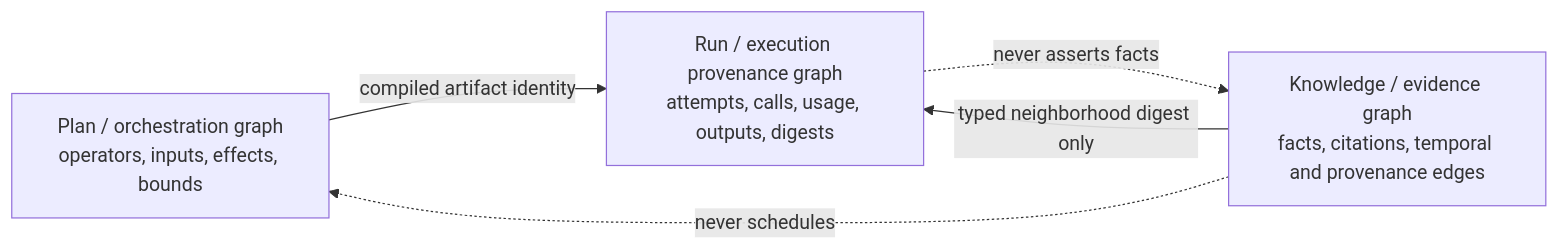
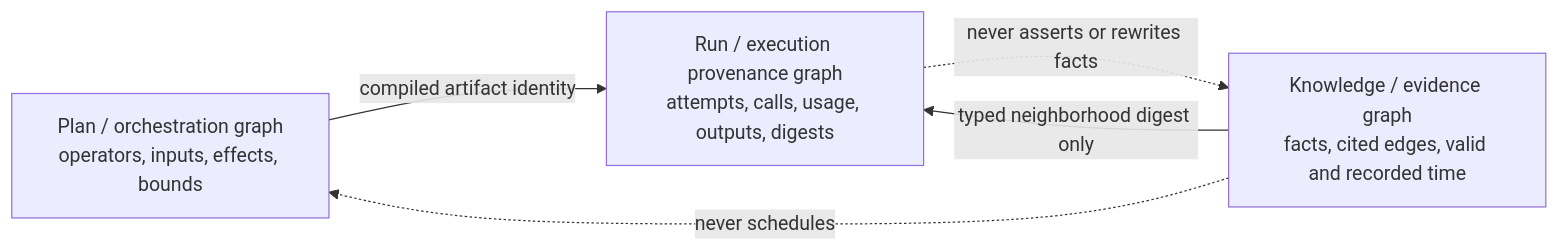
Before and after one commit to nicia-ai/lachesis: the diagram in docs/m3a-graph-native-decomposition.md, drawn with Mermaid. The commit also changed other lines of this file and 14 other files, not shown here.

````diff
--- a/docs/m3a-graph-native-decomposition.md
+++ b/docs/m3a-graph-native-decomposition.md
@@ -58,10 +109,10 @@
 ```mermaid
 flowchart LR
   PG["Plan / orchestration graph<br/>operators, inputs, effects, bounds"]
-  KG["Knowledge / evidence graph<br/>facts, citations, temporal and provenance edges"]
+  KG["Knowledge / evidence graph<br/>facts, cited edges, valid and recorded time"]
   RG["Run / execution provenance graph<br/>attempts, calls, usage, outputs, digests"]
   KG -->|"typed neighborhood digest only"| RG
   PG -->|"compiled artifact identity"| RG
   KG -. "never schedules" .-> PG
-  RG -. "never asserts facts" .-> KG
+  RG -. "never asserts or rewrites facts" .-> KG
 ```
````
